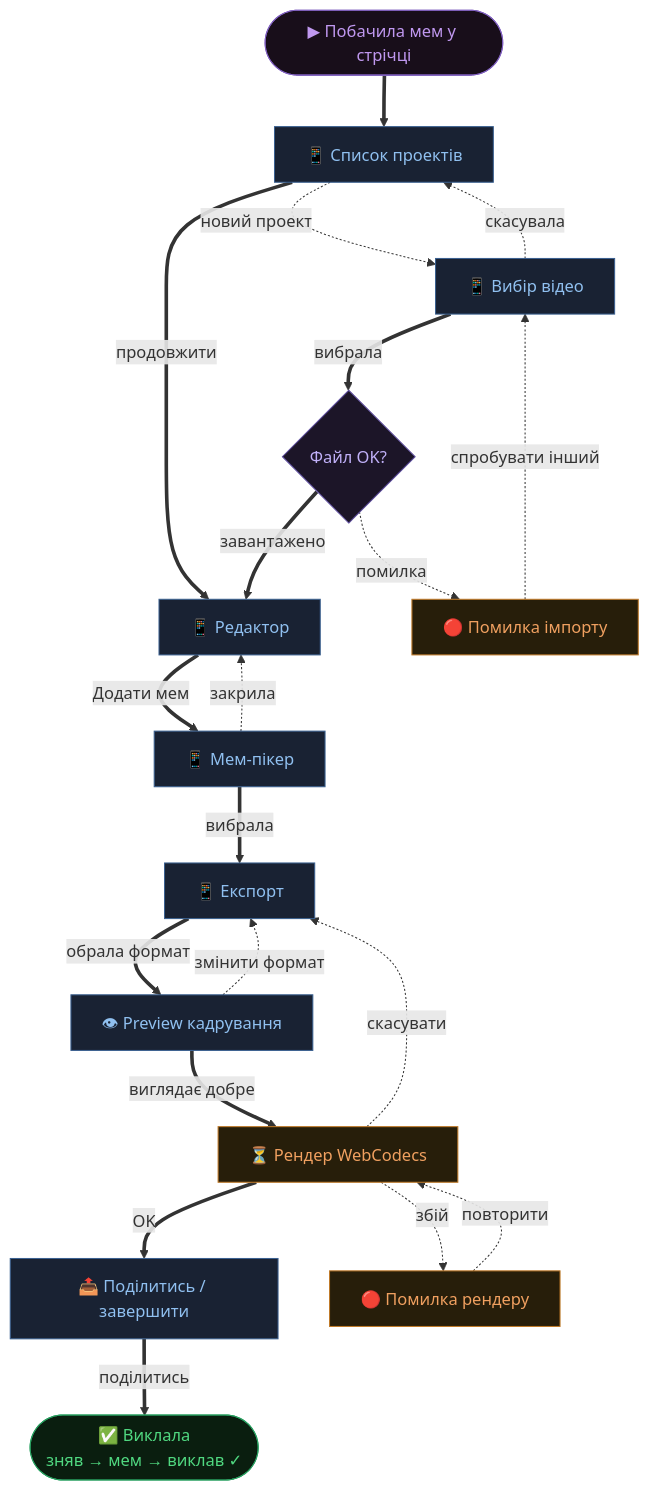
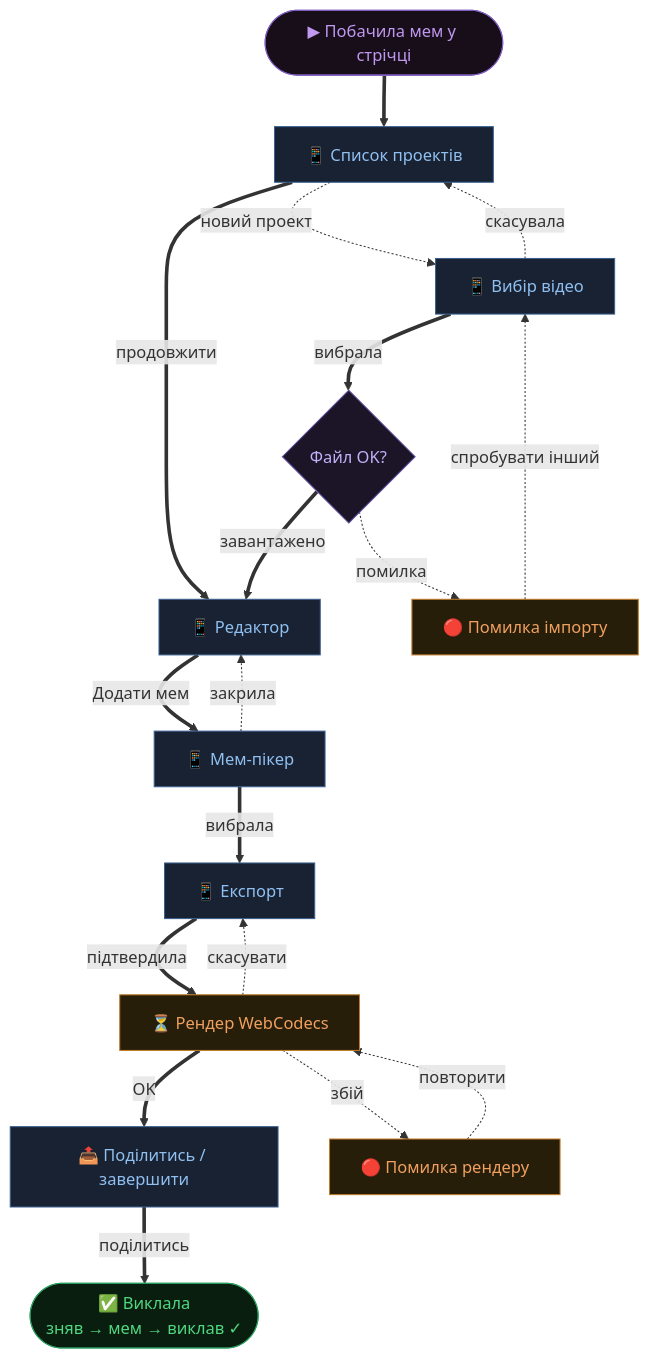
Before and after one commit to Zhmenya92/Memkat: the first of 6 diagrams in research/flows.md, drawn with Mermaid. The commit also changed other lines of this file and 1 other file, not shown here.

First line of the commit message:
design: embed crop preview into Export screen, remove CROP_PREV node

````diff
--- a/research/flows.md
+++ b/research/flows.md
@@ -19,34 +19,32 @@
 ```mermaid
 flowchart TD
     classDef screen  fill:#192233,stroke:#3a6090,color:#90c0f0
     classDef state   fill:#271e0a,stroke:#c07a28,color:#f0a060
     classDef decide  fill:#1c1528,stroke:#6050a0,color:#c0b0f8
     classDef ok      fill:#0a1e0f,stroke:#28a060,color:#50d880
     classDef fail    fill:#22080a,stroke:#903030,color:#f05060
     classDef trigger fill:#180e1a,stroke:#8060c0,color:#c098f0
 
     T(["▶ Побачила мем у стрічці"]):::trigger
 
     T ==> PL["📱 Список проектів"]:::screen
     PL == продовжити ==> ED["📱 Редактор"]:::screen
     PL -. новий проект .-> IMP["📱 Вибір відео"]:::screen
 
     IMP == вибрала ==> Q3{Файл OK?}:::decide
     IMP -. скасувала .-> PL
     Q3 -. помилка .-> IMP_E["🔴 Помилка імпорту"]:::state
     IMP_E -. спробувати інший .-> IMP
     Q3 == завантажено ==> ED
 
     ED == Додати мем ==> MP["📱 Мем-пікер"]:::screen
     MP -. закрила .-> ED
     MP == вибрала ==> EXP["📱 Експорт"]:::screen
 
-    EXP == обрала формат ==> CROP_PREV["👁 Preview кадрування"]:::screen
-    CROP_PREV == виглядає добре ==> REND["⏳ Рендер WebCodecs"]:::state
-    CROP_PREV -. змінити формат .-> EXP
+    EXP == підтвердила ==> REND["⏳ Рендер WebCodecs"]:::state
     REND -. скасувати .-> EXP
     REND == OK ==> SHARE["📤 Поділитись / завершити"]:::screen
     REND -. збій .-> REND_E["🔴 Помилка рендеру"]:::state
     REND_E -. повторити .-> REND
     SHARE == поділитись ==> OK(["✅ Виклала\nзняв → мем → виклав ✓"]):::ok
 ```
````
